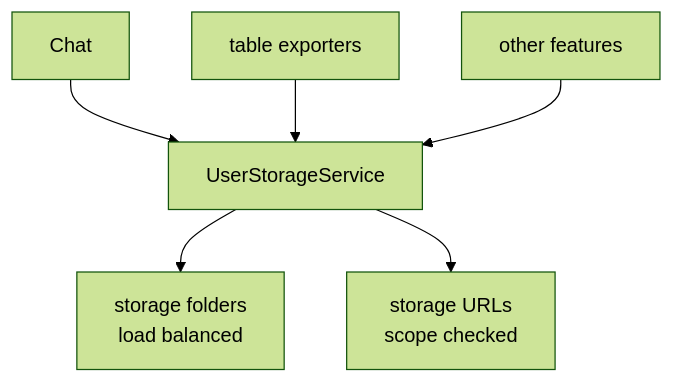
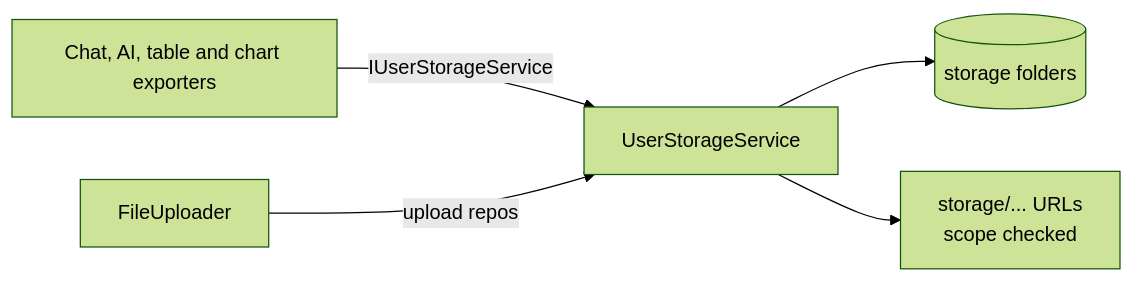
The diagram in SysWeaver.MicroService.UserStorage/README.md (dosh1974/SysWeaver), drawn with Mermaid (forest theme) before and after one commit. The commit also changed other lines of this file and 532 other files, not shown here.

````diff
--- a/SysWeaver.MicroService.UserStorage/README.md
+++ b/SysWeaver.MicroService.UserStorage/README.md
@@ -18,8 +18,7 @@
 ```mermaid
-flowchart TB
-  Chat["Chat"] --> US["UserStorageService"]
-  Exp["table exporters"] --> US
-  Other["other features"] --> US
-  US --> Disks["storage folders<br/>load balanced"]
-  US --> Web["storage URLs<br/>scope checked"]
+flowchart LR
+  Chat["Chat, AI, table and chart exporters"] -->|IUserStorageService| US["UserStorageService"]
+  Up["FileUploader"] -->|"upload repos"| US
+  US --> Disks[("storage folders")]
+  US --> Web["storage/... URLs<br/>scope checked"]
 ```
````
